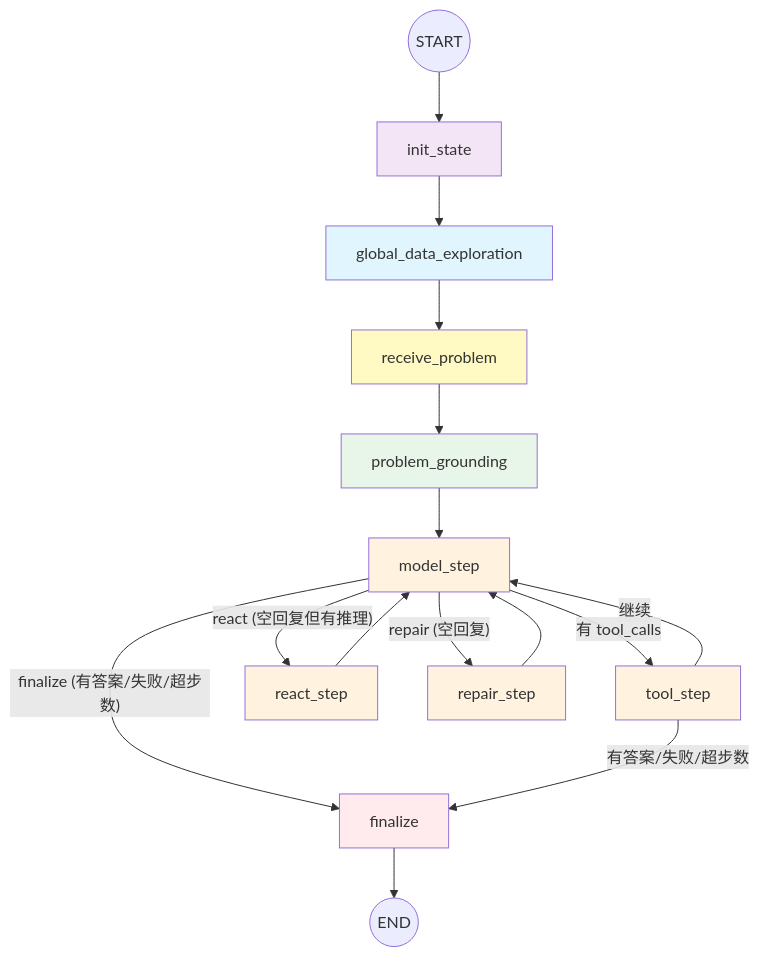
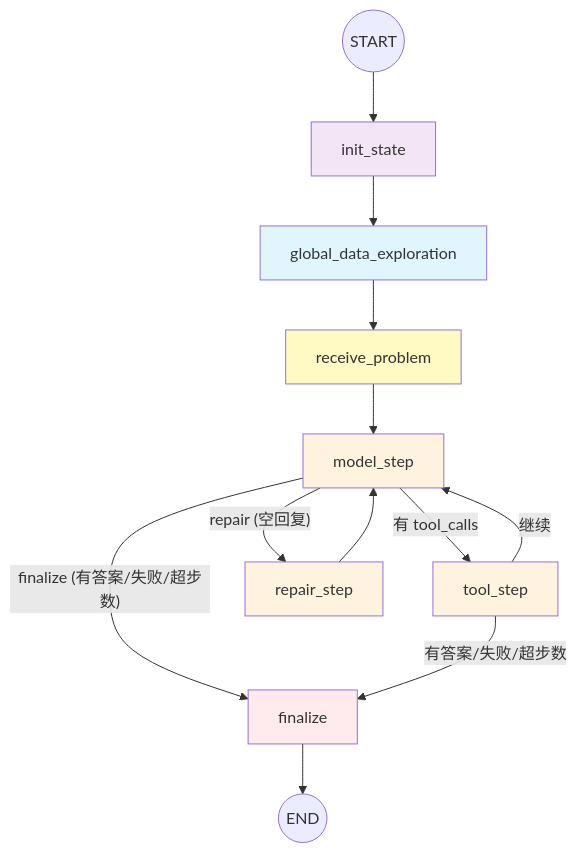
The diagram in docs/two-stage-data-understanding-architecture.md (xxy1103/kddcup), drawn with Mermaid before and after one commit. The commit also changed other lines of this file and 24 other files, not shown here.

First line of the commit message:
@ refactor: 移除 enable_problem_grounding 与 enable_global_exploration_llm，清理无效的 data_inspector 配置项

````diff
--- a/docs/two-stage-data-understanding-architecture.md
+++ b/docs/two-stage-data-understanding-architecture.md
@@ -18,31 +16,26 @@
 ```mermaid
 graph TD
     START((START)) --> init_state
     init_state --> global_data_exploration
     global_data_exploration --> receive_problem
-    receive_problem --> problem_grounding
-    problem_grounding --> model_step
+    receive_problem --> model_step
 
     model_step -->|"有 tool_calls"| tool_step
-    model_step -->|"react (空回复但有推理)"| react_step
     model_step -->|"repair (空回复)"| repair_step
     model_step -->|"finalize (有答案/失败/超步数)"| finalize
 
     tool_step -->|"有答案/失败/超步数"| finalize
     tool_step -->|"继续"| model_step
 
-    react_step --> model_step
     repair_step --> model_step
 
     finalize --> END((END))
 
     style global_data_exploration fill:#e1f5fe
     style receive_problem fill:#fff9c4
-    style problem_grounding fill:#e8f5e9
     style init_state fill:#f3e5f5
     style model_step fill:#fff3e0
     style tool_step fill:#fff3e0
-    style react_step fill:#fff3e0
     style repair_step fill:#fff3e0
     style finalize fill:#ffebee
 ```
````
